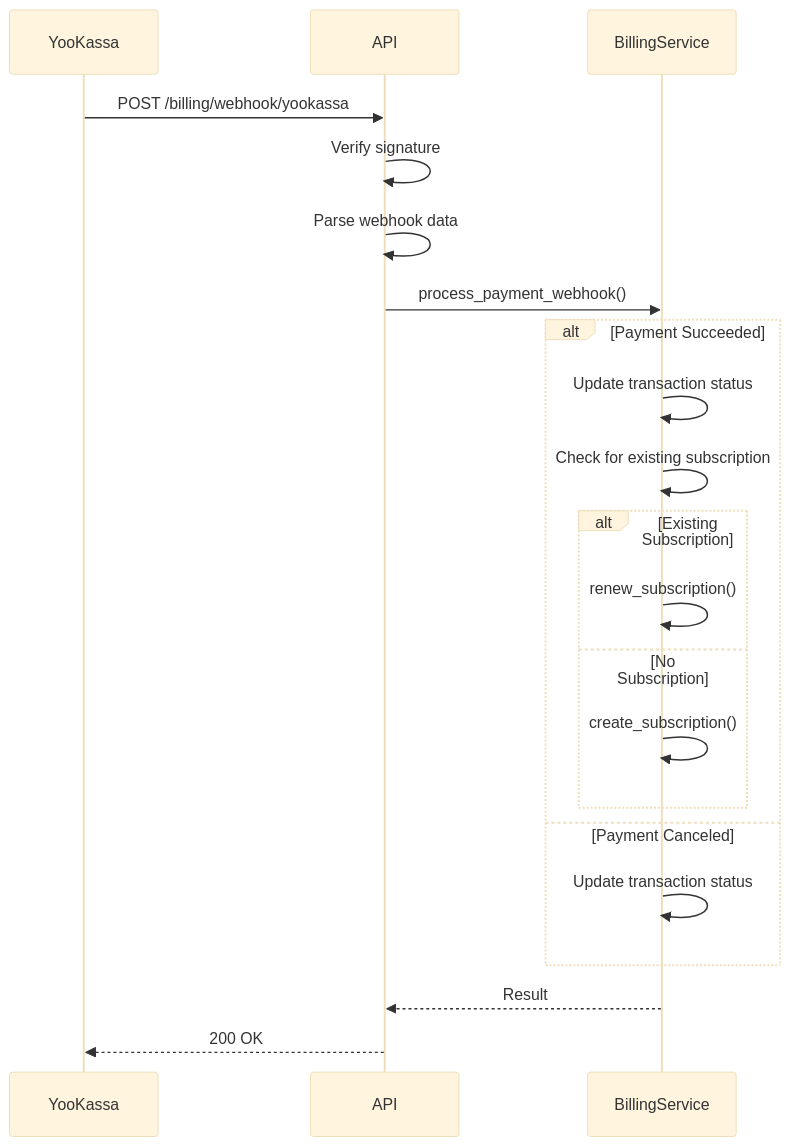
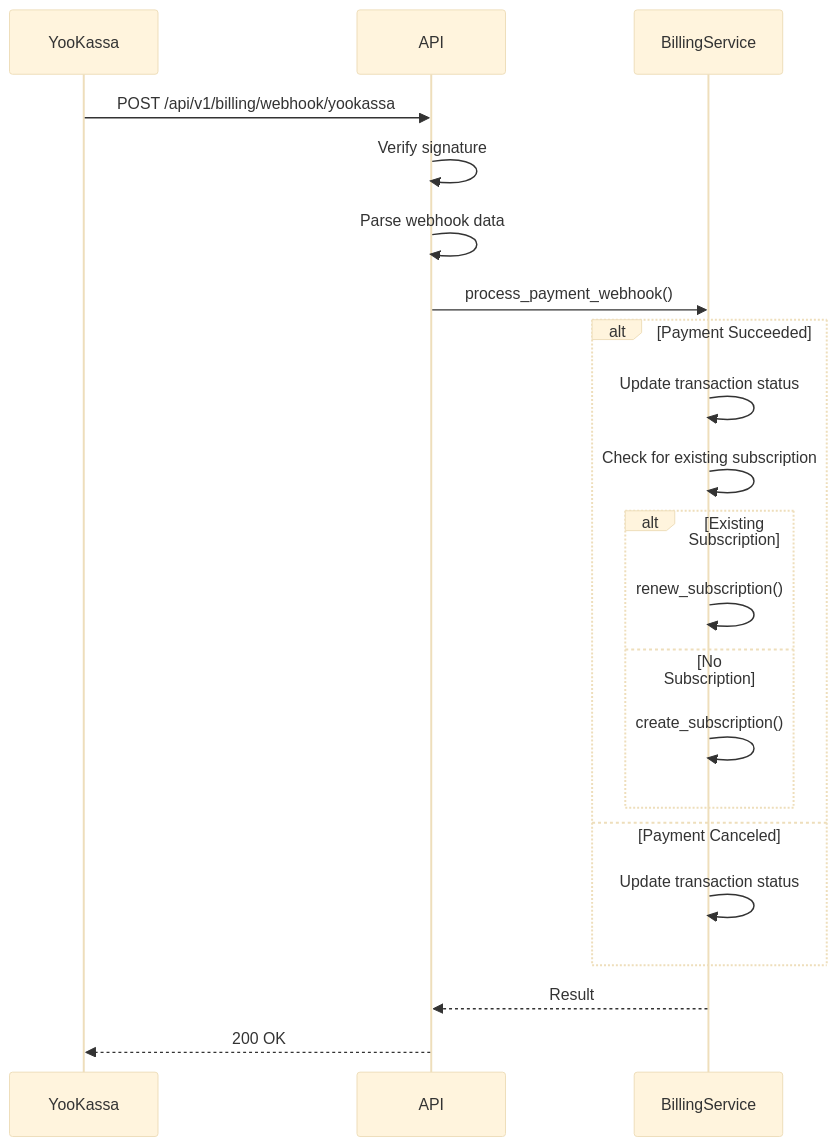
The fourth of 5 diagrams in .qoder/repowiki/en/content/API Reference/Administration API/Billing Management/Subscriptions API.md (yshishenya/open-webui), drawn with Mermaid (base theme) before and after one commit. The commit also changed other lines of this file and 345 other files, not shown here.

````diff
--- a/.qoder/repowiki/en/content/API Reference/Administration API/Billing Management/Subscriptions API.md
+++ b/.qoder/repowiki/en/content/API Reference/Administration API/Billing Management/Subscriptions API.md
@@ -404,23 +454,23 @@
 ```mermaid
 sequenceDiagram
 participant YooKassa
 participant API
 participant BillingService
-YooKassa->>API : POST /billing/webhook/yookassa
+YooKassa->>API : POST /api/v1/billing/webhook/yookassa
 API->>API : Verify signature
 API->>API : Parse webhook data
 API->>BillingService : process_payment_webhook()
 alt Payment Succeeded
 BillingService->>BillingService : Update transaction status
 BillingService->>BillingService : Check for existing subscription
 alt Existing Subscription
 BillingService->>BillingService : renew_subscription()
 else No Subscription
 BillingService->>BillingService : create_subscription()
 end
 else Payment Canceled
 BillingService->>BillingService : Update transaction status
 end
 BillingService-->>API : Result
 API-->>YooKassa : 200 OK
 ```
````
